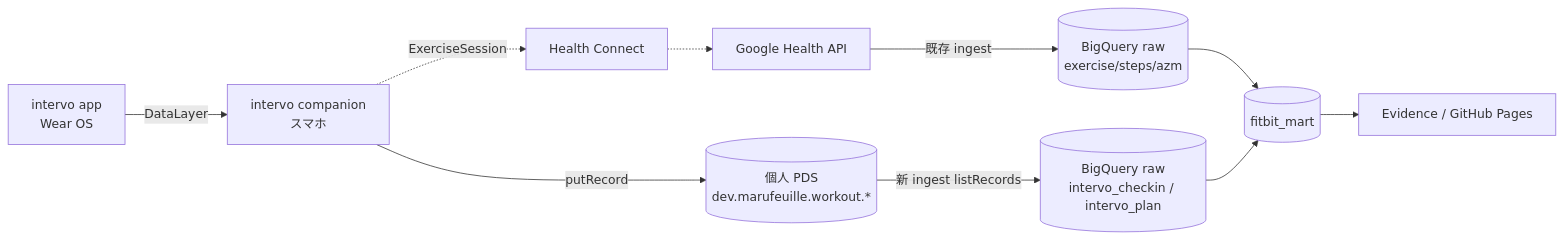
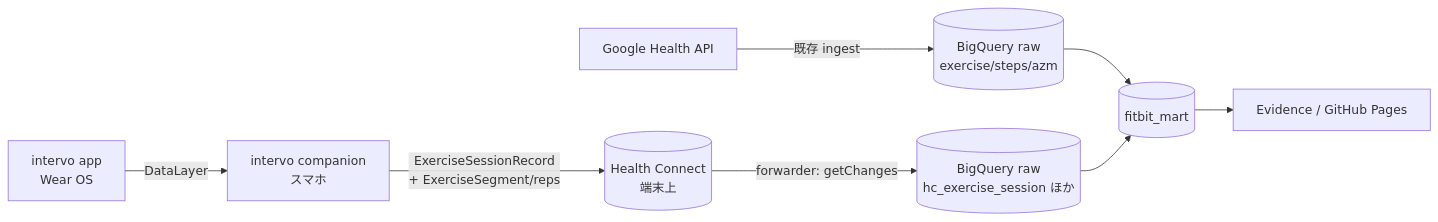
One commit to marufeuille/pluse-board changed the diagram in docs/intervo-integration-design.md. Above: the diagram before and after it, drawn with Mermaid. The commit also changed other lines of this file and 1 other file, not shown here.

Commit message:
docs: revise intervo integration plan to Health Connect hub (drop AT Protocol)

````diff
--- a/docs/intervo-integration-design.md
+++ b/docs/intervo-integration-design.md
@@ -86,12 +63,10 @@
 ```mermaid
 flowchart LR
     Wear[intervo app<br/>Wear OS] -->|DataLayer| Comp[intervo companion<br/>スマホ]
-    Comp -->|putRecord| PDS[(個人 PDS<br/>dev.marufeuille.workout.*)]
-    Comp -.->|ExerciseSession| HC[Health Connect]
-    HC -.-> GH[Google Health API]
-    GH -->|既存 ingest| RAW[(BigQuery raw<br/>exercise/steps/azm)]
-    PDS -->|新 ingest listRecords| RAW2[(BigQuery raw<br/>intervo_checkin / intervo_plan)]
+    Comp -->|ExerciseSessionRecord<br/>+ ExerciseSegment/reps| HC[(Health Connect<br/>端末上)]
+    HC -->|forwarder: getChanges| RAW2[(BigQuery raw<br/>hc_exercise_session ほか)]
+    GH[Google Health API] -->|既存 ingest| RAW[(BigQuery raw<br/>exercise/steps/azm)]
     RAW --> Mart[(fitbit_mart)]
     RAW2 --> Mart
     Mart --> Ev[Evidence / GitHub Pages]
 ```
````
